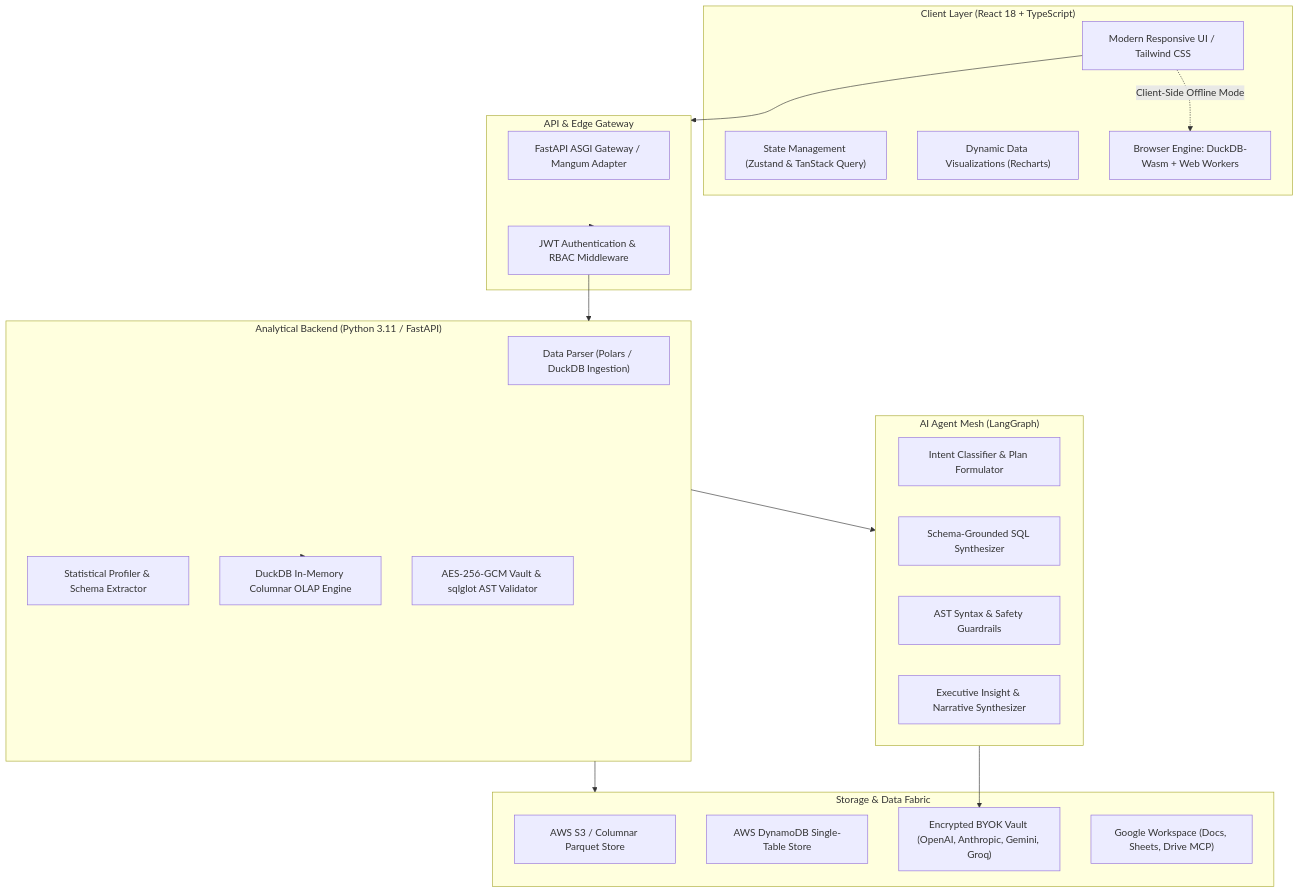
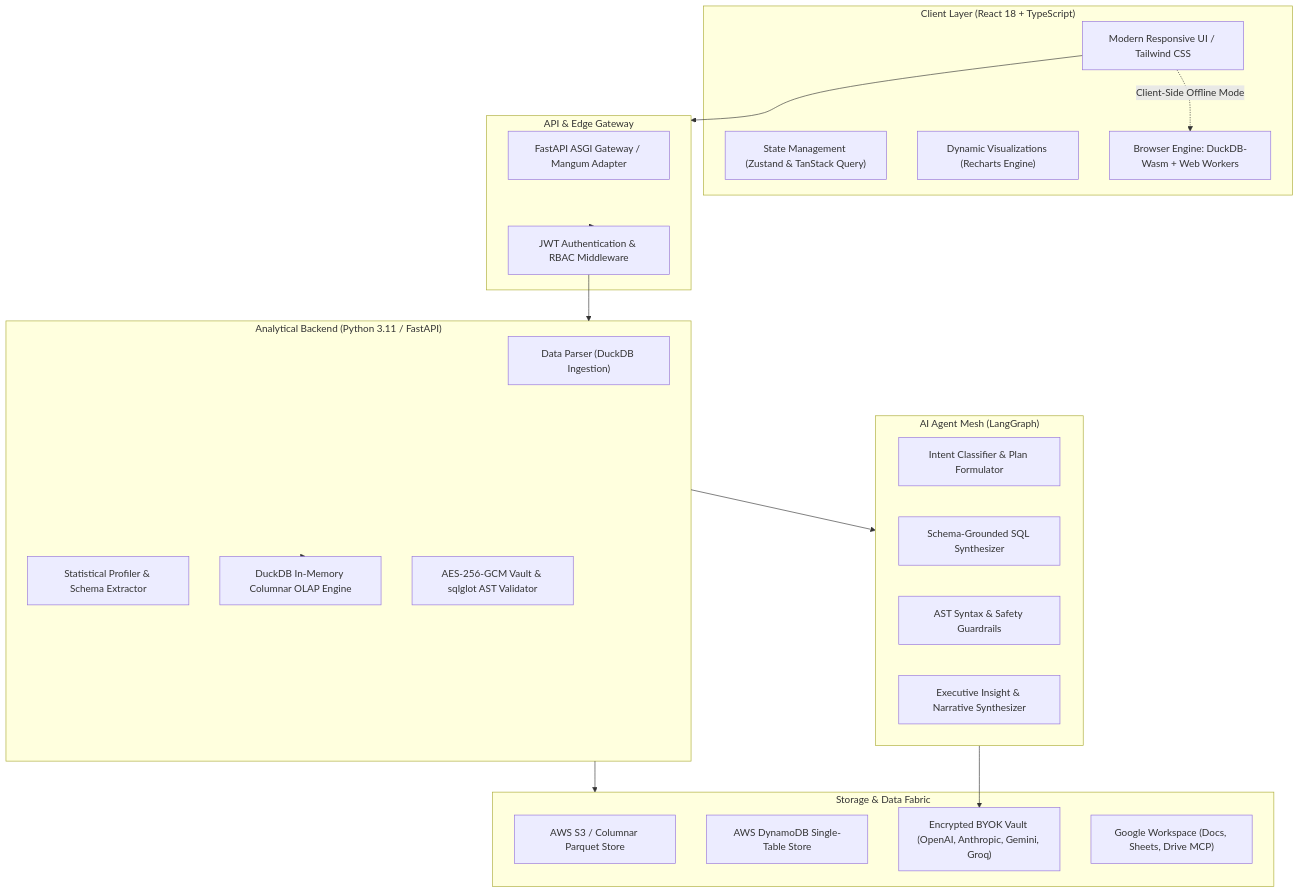
Before and after one commit to aditya0589/Autoanalytix: the first of 3 diagrams in README.md, drawn with Mermaid. The commit also changed other lines of this file and 2 other files, not shown here.

````diff
--- a/README.md
+++ b/README.md
@@ -38,44 +57,44 @@
 ```mermaid
 flowchart TB
     subgraph Client ["Client Layer (React 18 + TypeScript)"]
         UI["Modern Responsive UI / Tailwind CSS"]
         Store["State Management (Zustand & TanStack Query)"]
-        Recharts["Dynamic Data Visualizations (Recharts)"]
+        Recharts["Dynamic Visualizations (Recharts Engine)"]
         WASM["Browser Engine: DuckDB-Wasm + Web Workers"]
     end
 
     subgraph Gateway ["API & Edge Gateway"]
         CORS["FastAPI ASGI Gateway / Mangum Adapter"]
         AuthMiddleware["JWT Authentication & RBAC Middleware"]
     end
 
     subgraph CoreBackend ["Analytical Backend (Python 3.11 / FastAPI)"]
-        Ingest["Data Parser (Polars / DuckDB Ingestion)"]
+        Ingest["Data Parser (DuckDB Ingestion)"]
         Profiler["Statistical Profiler & Schema Extractor"]
         Engine["DuckDB In-Memory Columnar OLAP Engine"]
         Security["AES-256-GCM Vault & sqlglot AST Validator"]
     end
 
     subgraph AgentOrchestration ["AI Agent Mesh (LangGraph)"]
         PlanNode["Intent Classifier & Plan Formulator"]
         SqlNode["Schema-Grounded SQL Synthesizer"]
         VerifyNode["AST Syntax & Safety Guardrails"]
         InsightNode["Executive Insight & Narrative Synthesizer"]
     end
 
     subgraph Persistence ["Storage & Data Fabric"]
         S3["AWS S3 / Columnar Parquet Store"]
         Dynamo["AWS DynamoDB Single-Table Store"]
         BYOK["Encrypted BYOK Vault (OpenAI, Anthropic, Gemini, Groq)"]
         GoogleWS["Google Workspace (Docs, Sheets, Drive MCP)"]
     end
 
     UI --> Gateway
     Gateway --> AuthMiddleware
     AuthMiddleware --> CoreBackend
     CoreBackend --> AgentOrchestration
     AgentOrchestration --> BYOK
     CoreBackend --> Engine
     CoreBackend --> Persistence
     UI -.-> |"Client-Side Offline Mode"| WASM
 ```
````
